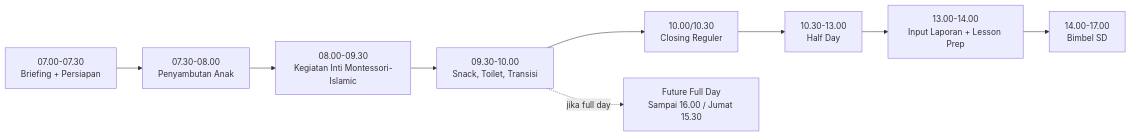
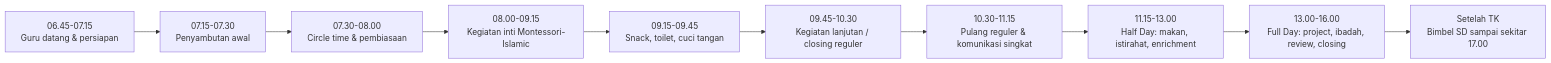
One commit to Mubax5/madani-media changed the third of 8 diagrams in readme.md. Above: the diagram before and after it, drawn with Mermaid. The commit also changed other lines of this file, not shown here.

````diff
--- a/readme.md
+++ b/readme.md
@@ -40,14 +168,12 @@
 ```mermaid
 flowchart LR
-    A[07.00-07.30\nBriefing + Persiapan]
-    B[07.30-08.00\nPenyambutan Anak]
-    C[08.00-09.30\nKegiatan Inti Montessori-Islamic]
-    D[09.30-10.00\nSnack, Toilet, Transisi]
-    E[10.00/10.30\nClosing Reguler]
-    F[10.30-13.00\nHalf Day]
-    G[13.00-14.00\nInput Laporan + Lesson Prep]
-    H[14.00-17.00\nBimbel SD]
-    I[Future Full Day\nSampai 16.00 / Jumat 15.30]
-    A --> B --> C --> D --> E --> F --> G --> H
-    D -. jika full day .-> I
+    A[06.45-07.15\nGuru datang & persiapan] --> B[07.15-07.30\nPenyambutan awal]
+    B --> C[07.30-08.00\nCircle time & pembiasaan]
+    C --> D[08.00-09.15\nKegiatan inti Montessori-Islamic]
+    D --> E[09.15-09.45\nSnack, toilet, cuci tangan]
+    E --> F[09.45-10.30\nKegiatan lanjutan / closing reguler]
+    F --> G[10.30-11.15\nPulang reguler & komunikasi singkat]
+    G --> H[11.15-13.00\nHalf Day: makan, istirahat, enrichment]
+    H --> I[13.00-16.00\nFull Day: project, ibadah, review, closing]
+    I --> J[Setelah TK\nBimbel SD sampai sekitar 17.00]
 ```
````
